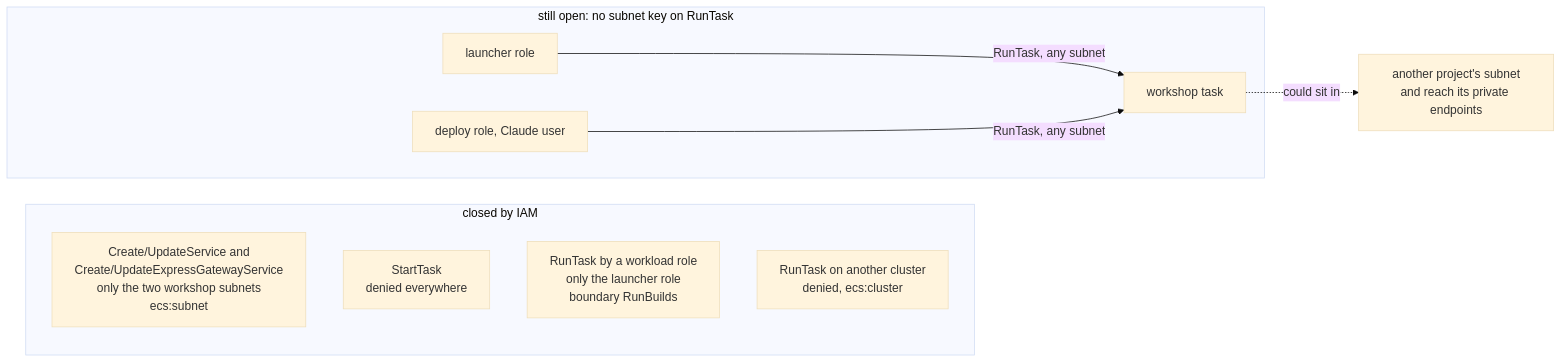
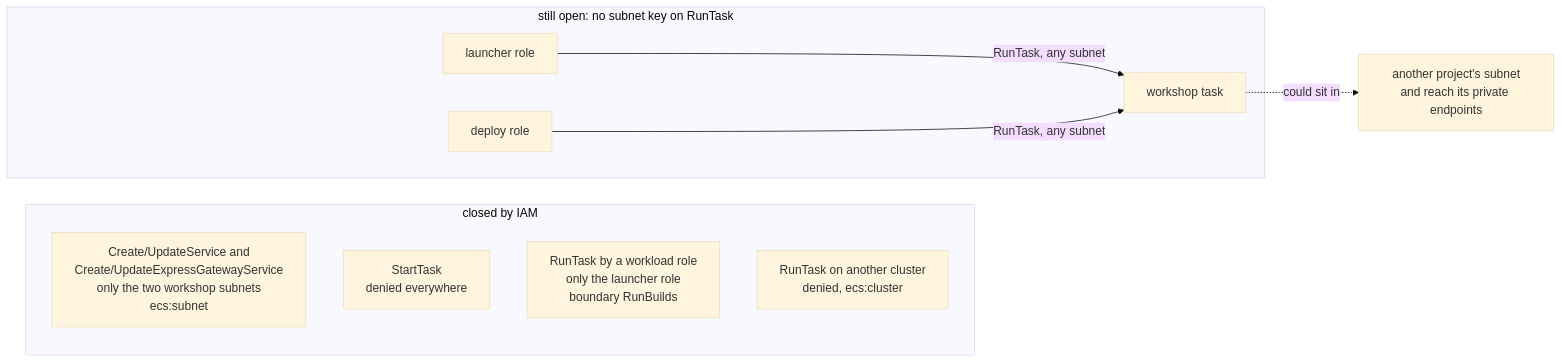
The fourth of 4 diagrams in infra/access/README.md (kifbv/ssd-workshop), drawn with Mermaid (base theme) before and after one commit. The commit also changed other lines of this file and 7 other files, not shown here.

````diff
--- a/infra/access/README.md
+++ b/infra/access/README.md
@@ -234,14 +272,14 @@
    ```mermaid
    flowchart LR
      subgraph Closed["closed by IAM"]
        S[Create/UpdateService and<br/>Create/UpdateExpressGatewayService<br/>only the two workshop subnets<br/>ecs:subnet]
        ST[StartTask<br/>denied everywhere]
        RB[RunTask by a workload role<br/>only the launcher role<br/>boundary RunBuilds]
        RC[RunTask on another cluster<br/>denied, ecs:cluster]
      end
      subgraph Open["still open: no subnet key on RunTask"]
        L[launcher role] -->|RunTask, any subnet| T[workshop task]
-       D[deploy role, Claude user] -->|RunTask, any subnet| T
+       D[deploy role] -->|RunTask, any subnet| T
      end
      T -.->|could sit in| O[another project's subnet<br/>and reach its private endpoints]
    ```
````
